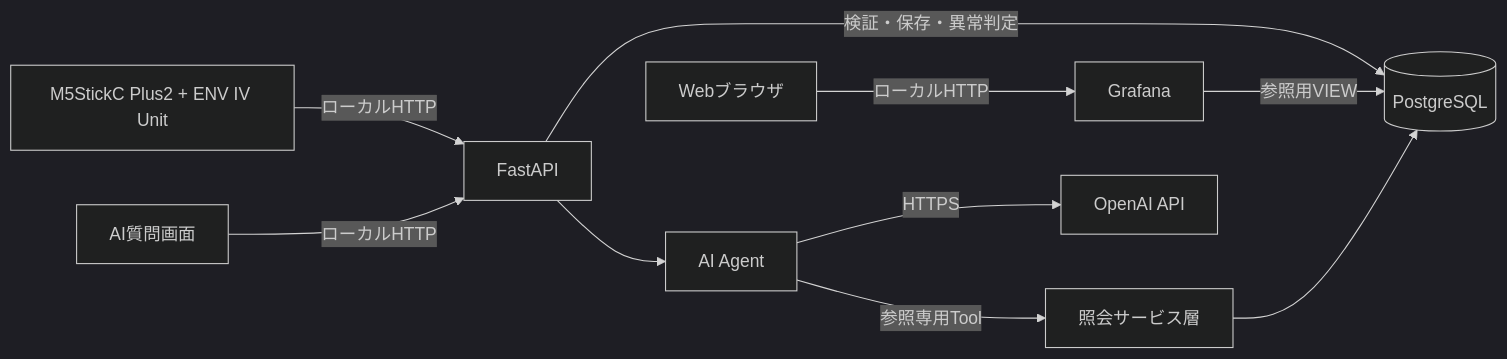
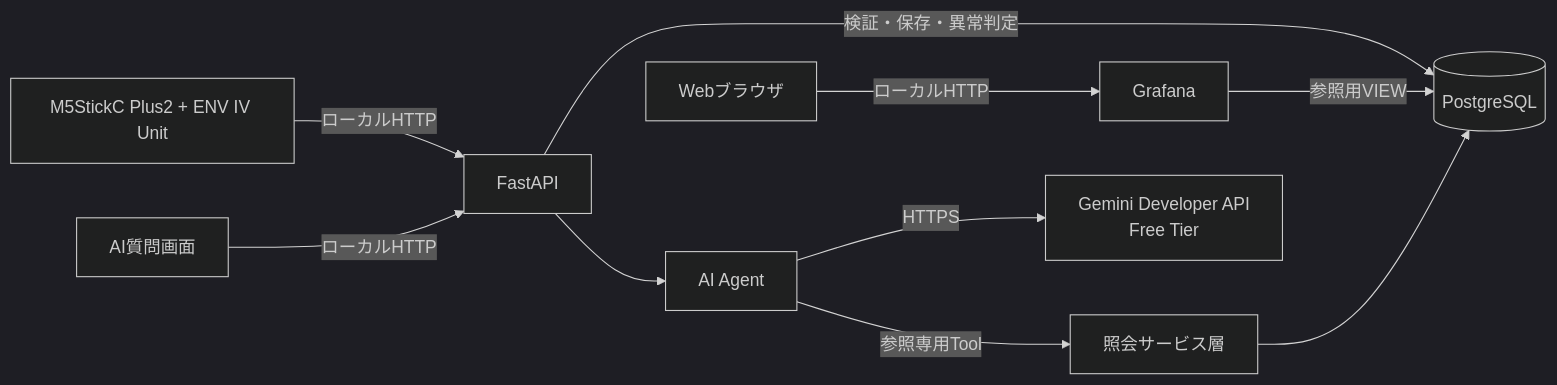
Before and after one commit to nokhysh/SoraSense: the first of 2 diagrams in docs/basic-design.md, drawn with Mermaid (dark theme). The commit also changed other lines of this file and 18 other files, not shown here.

````diff
--- a/docs/basic-design.md
+++ b/docs/basic-design.md
@@ -38,12 +39,12 @@
 ```mermaid
 flowchart LR
     M5["M5StickC Plus2 + ENV IV Unit"] -->|ローカルHTTP| API["FastAPI"]
     API -->|検証・保存・異常判定| DB[(PostgreSQL)]
     UI["Webブラウザ"] -->|ローカルHTTP| GF["Grafana"]
     GF -->|参照用VIEW| DB
     CHAT["AI質問画面"] -->|ローカルHTTP| API
     API --> AG["AI Agent"]
     AG -->|参照専用Tool| SV["照会サービス層"]
     SV --> DB
-    AG -->|HTTPS| OA["OpenAI API"]
+    AG -->|HTTPS| GEMINI["Gemini Developer API<br/>Free Tier"]
 ```
````
